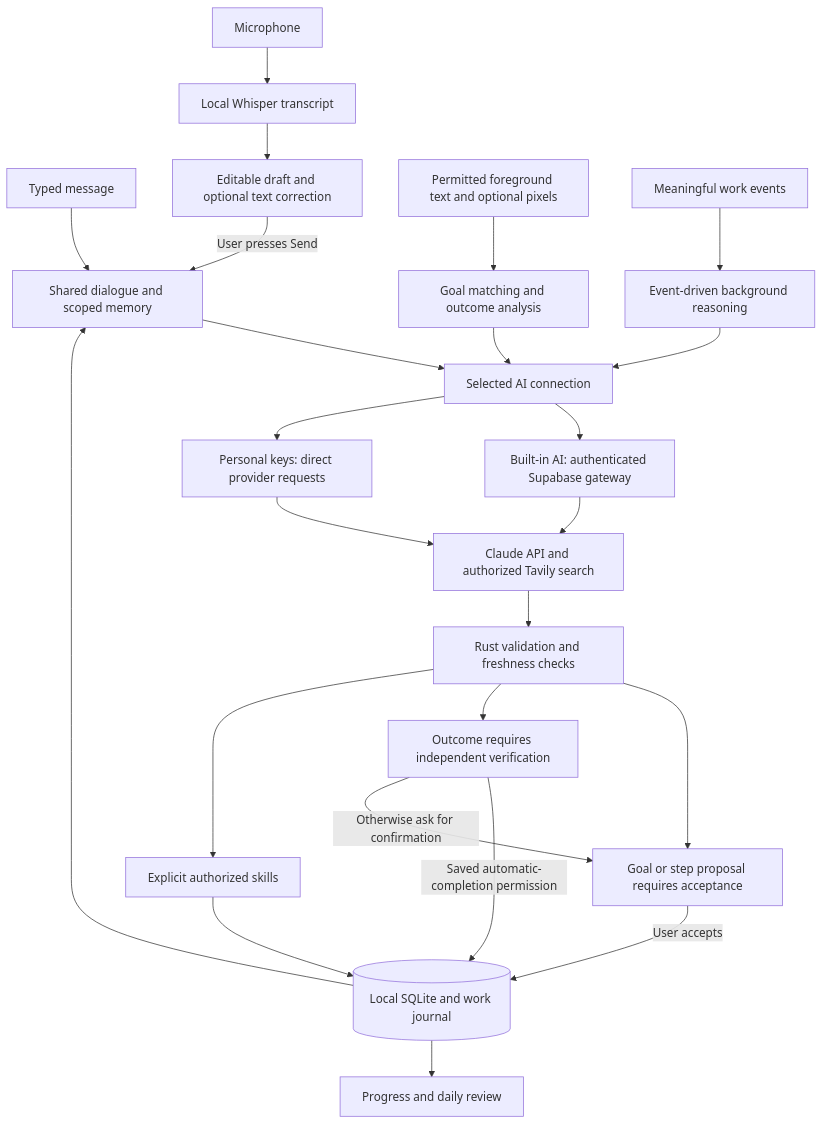
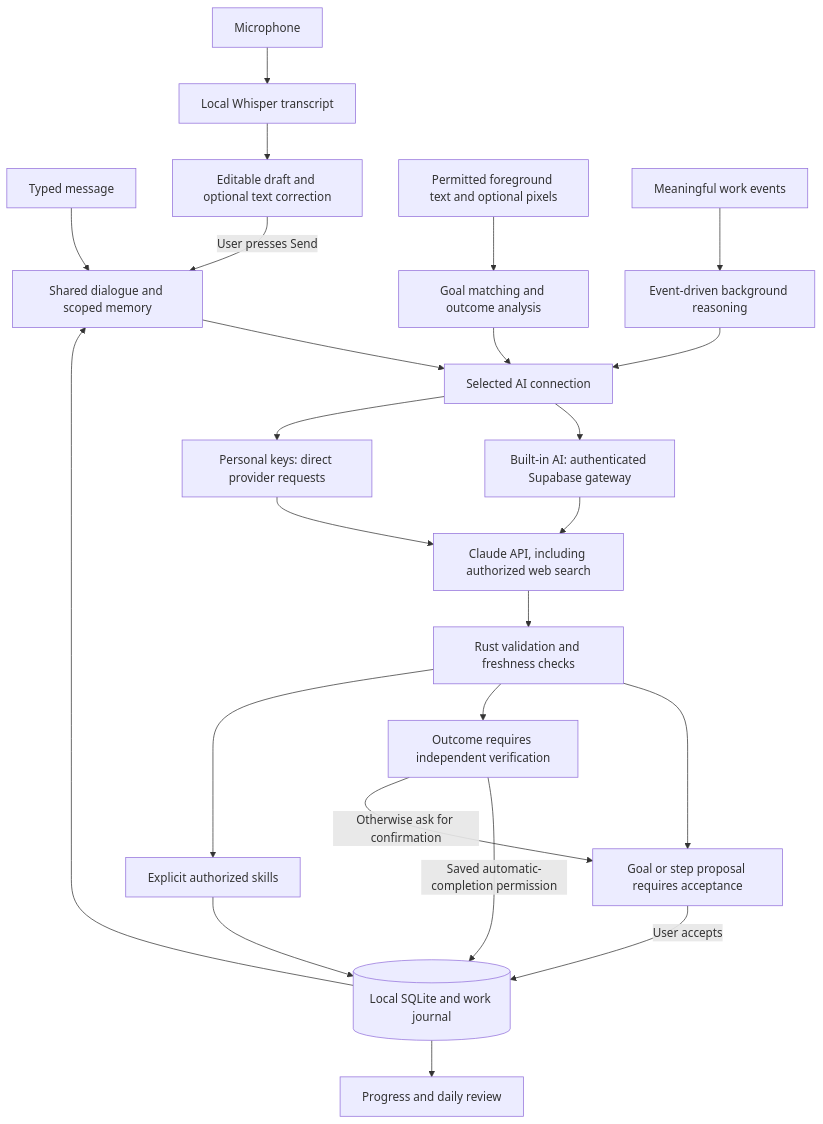
Before and after one commit to KateNorth7/desktop_buddy: the diagram in README.md, drawn with Mermaid. The commit also changed other lines of this file and 61 other files, not shown here.

First line of the commit message:
feat(ai): search the web through Claude and cap built-in AI at $1 per day

````diff
--- a/README.md
+++ b/README.md
@@ -63,26 +63,26 @@
 ```mermaid
 flowchart TD
     Typed[Typed message] --> Dialogue[Shared dialogue and scoped memory]
     Mic[Microphone] --> Whisper[Local Whisper transcript]
     Whisper --> Draft[Editable draft and optional text correction]
     Draft -->|User presses Send| Dialogue
     Screen[Permitted foreground text and optional pixels] --> Observe[Goal matching and outcome analysis]
     Events[Meaningful work events] --> Runtime[Event-driven background reasoning]
     Dialogue --> Connection[Selected AI connection]
     Observe --> Connection
     Runtime --> Connection
     Connection --> Gateway[Built-in AI: authenticated Supabase gateway]
     Connection --> Personal[Personal keys: direct provider requests]
-    Gateway --> Providers[Claude API and authorized Tavily search]
+    Gateway --> Providers[Claude API, including authorized web search]
     Personal --> Providers
     Providers --> Validate[Rust validation and freshness checks]
     Validate --> Offers[Goal or step proposal requires acceptance]
     Validate --> Verify[Outcome requires independent verification]
     Validate --> Skills[Explicit authorized skills]
     Offers -->|User accepts| DB[(Local SQLite and work journal)]
     Verify -->|Saved automatic-completion permission| DB
     Verify -->|Otherwise ask for confirmation| Offers
     Skills --> DB
     DB --> Progress[Progress and daily review]
     DB --> Dialogue
 ```
````
